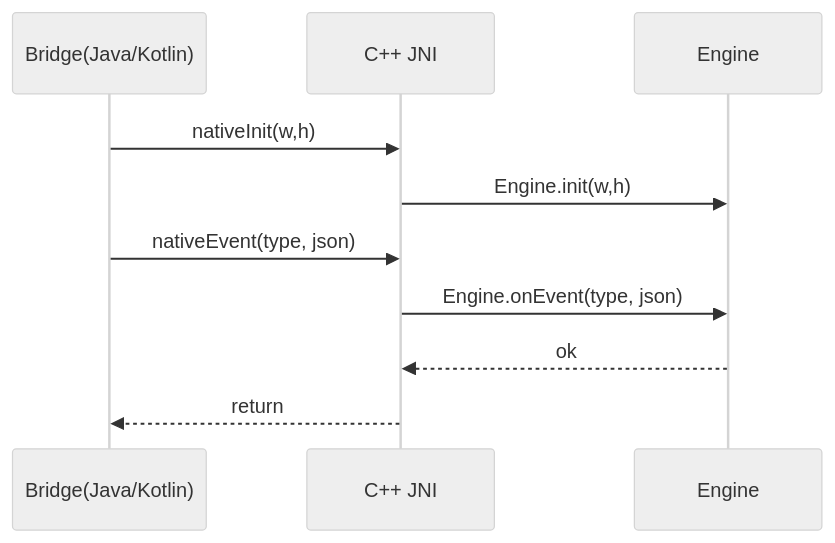
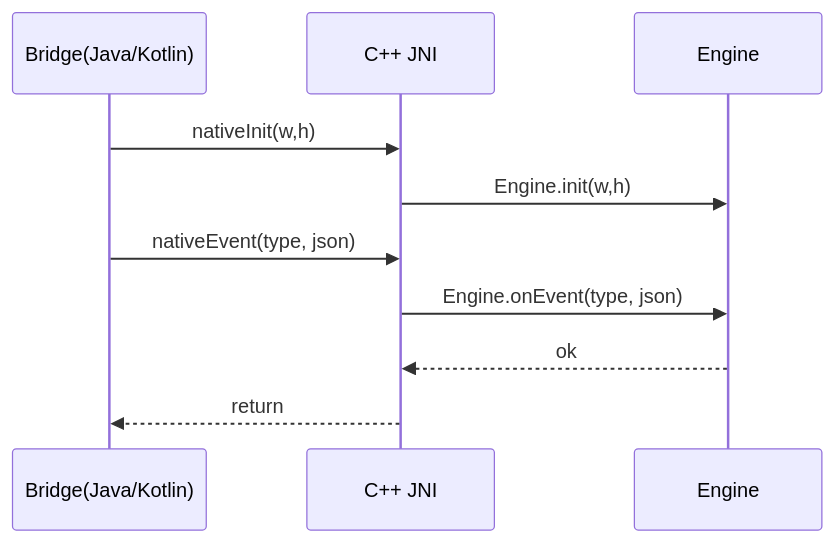
Before and after one commit to lukaszj321/otcv8-dev: the second of 2 diagrams in docs/authoring/_sources/chapter_14_android_docs_export_kit_authoring_agent_ready.md, drawn with Mermaid. The commit also changed other lines of this file, not shown here.

Commit message:
Update Mermaid diagrams in Android documentation

````diff
--- a/docs/authoring/_sources/chapter_14_android_docs_export_kit_authoring_agent_ready.md
+++ b/docs/authoring/_sources/chapter_14_android_docs_export_kit_authoring_agent_ready.md
@@ -306,13 +306,12 @@
-```{mermaid}
-%%{init: { 'theme': 'neutral' }}%%
+```mermaid
 sequenceDiagram
   participant Java as Bridge(Java/Kotlin)
   participant JNI as C++ JNI
   participant Eng as Engine
   Java->>JNI: nativeInit(w,h)
   JNI->>Eng: Engine.init(w,h)
   Java->>JNI: nativeEvent(type, json)
   JNI->>Eng: Engine.onEvent(type, json)
   Eng-->>JNI: ok
   JNI-->>Java: return
 ```
````
